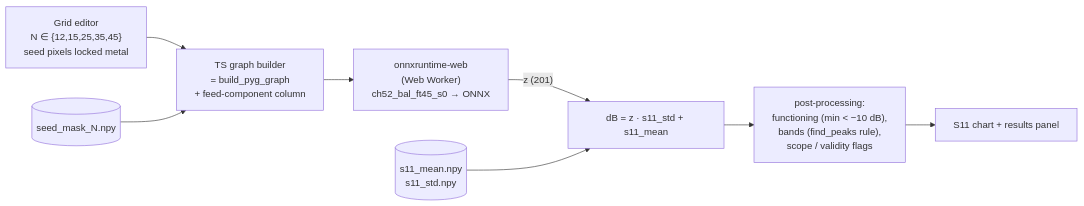
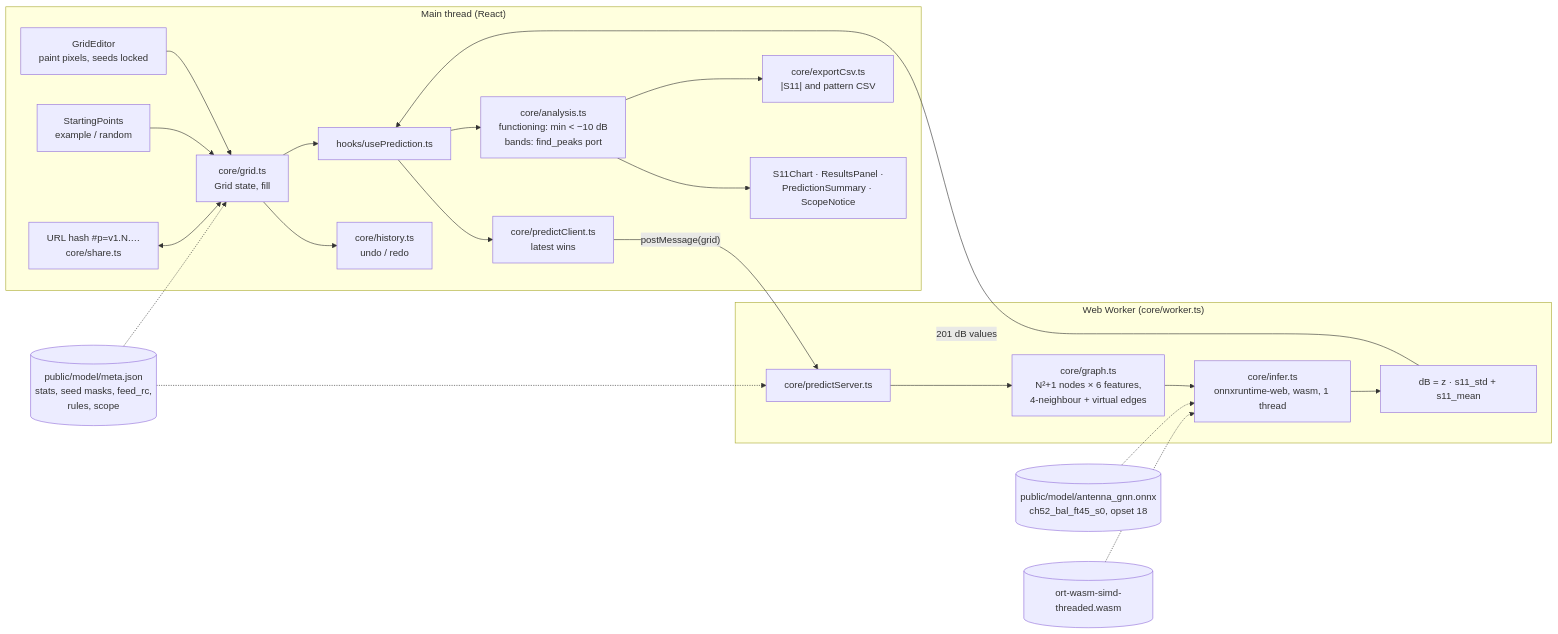
One commit to asparagusD/antenna_gnn changed the third of 5 diagrams in docs/repo_graph/REPO_MAP.md. Above: the diagram before and after it, drawn with Mermaid. The commit also changed other lines of this file and 2 other files, not shown here.

First line of the commit message:
docs(graph): map the web app's modules and data flow in REPO_MAP

````diff
--- a/docs/repo_graph/REPO_MAP.md
+++ b/docs/repo_graph/REPO_MAP.md
@@ -108,10 +115,27 @@
 ```mermaid
 flowchart LR
-    ui["Grid editor<br/>N ∈ {12,15,25,35,45}<br/>seed pixels locked metal"] --> gb["TS graph builder<br/>= build_pyg_graph<br/>+ feed-component column"]
-    seeds[("seed_mask_N.npy")] --> gb
-    gb --> ort["onnxruntime-web<br/>(Web Worker)<br/>ch52_bal_ft45_s0 → ONNX"]
-    ort -- "z (201)" --> denorm["dB = z · s11_std + s11_mean"]
-    stats[("s11_mean.npy<br/>s11_std.npy")] --> denorm
-    denorm --> post["post-processing:<br/>functioning (min < −10 dB),<br/>bands (find_peaks rule),<br/>scope / validity flags"]
-    post --> chart["S11 chart + results panel"]
+    subgraph main ["Main thread (React)"]
+        editor["GridEditor<br/>paint pixels, seeds locked"] --> grid["core/grid.ts<br/>Grid state, fill"]
+        start["StartingPoints<br/>example / random"] --> grid
+        hash["URL hash #p=v1.N.…<br/>core/share.ts"] <--> grid
+        grid --> hist["core/history.ts<br/>undo / redo"]
+        grid --> hook["hooks/usePrediction.ts"]
+        hook --> client["core/predictClient.ts<br/>latest wins"]
+        res["S11Chart · ResultsPanel ·<br/>PredictionSummary · ScopeNotice"]
+        analysis["core/analysis.ts<br/>functioning: min < −10 dB<br/>bands: find_peaks port"]
+        csv["core/exportCsv.ts<br/>|S11| and pattern CSV"]
+    end
+    subgraph worker ["Web Worker (core/worker.ts)"]
+        server["core/predictServer.ts"] --> gb["core/graph.ts<br/>N²+1 nodes × 6 features,<br/>4-neighbour + virtual edges"]
+        gb --> infer["core/infer.ts<br/>onnxruntime-web, wasm, 1 thread"]
+        infer --> denorm["dB = z · s11_std + s11_mean"]
+    end
+    client -- "postMessage(grid)" --> server
+    denorm -- "201 dB values" --> hook
+    hook --> analysis --> res
+    analysis --> csv
+    meta[("public/model/meta.json<br/>stats, seed masks, feed_rc,<br/>rules, scope")] -.-> server
+    meta -.-> grid
+    onnx[("public/model/antenna_gnn.onnx<br/>ch52_bal_ft45_s0, opset 18")] -.-> infer
+    wasm[("ort-wasm-simd-threaded.wasm")] -.-> infer
 ```
````
